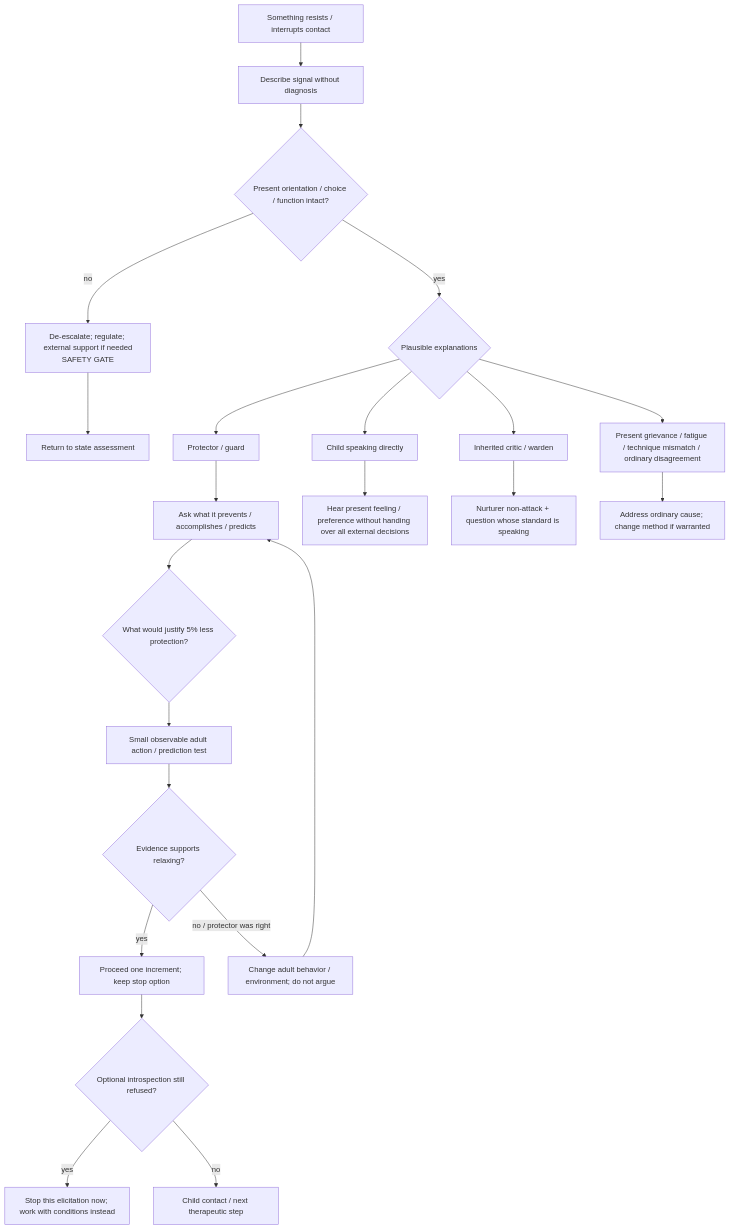
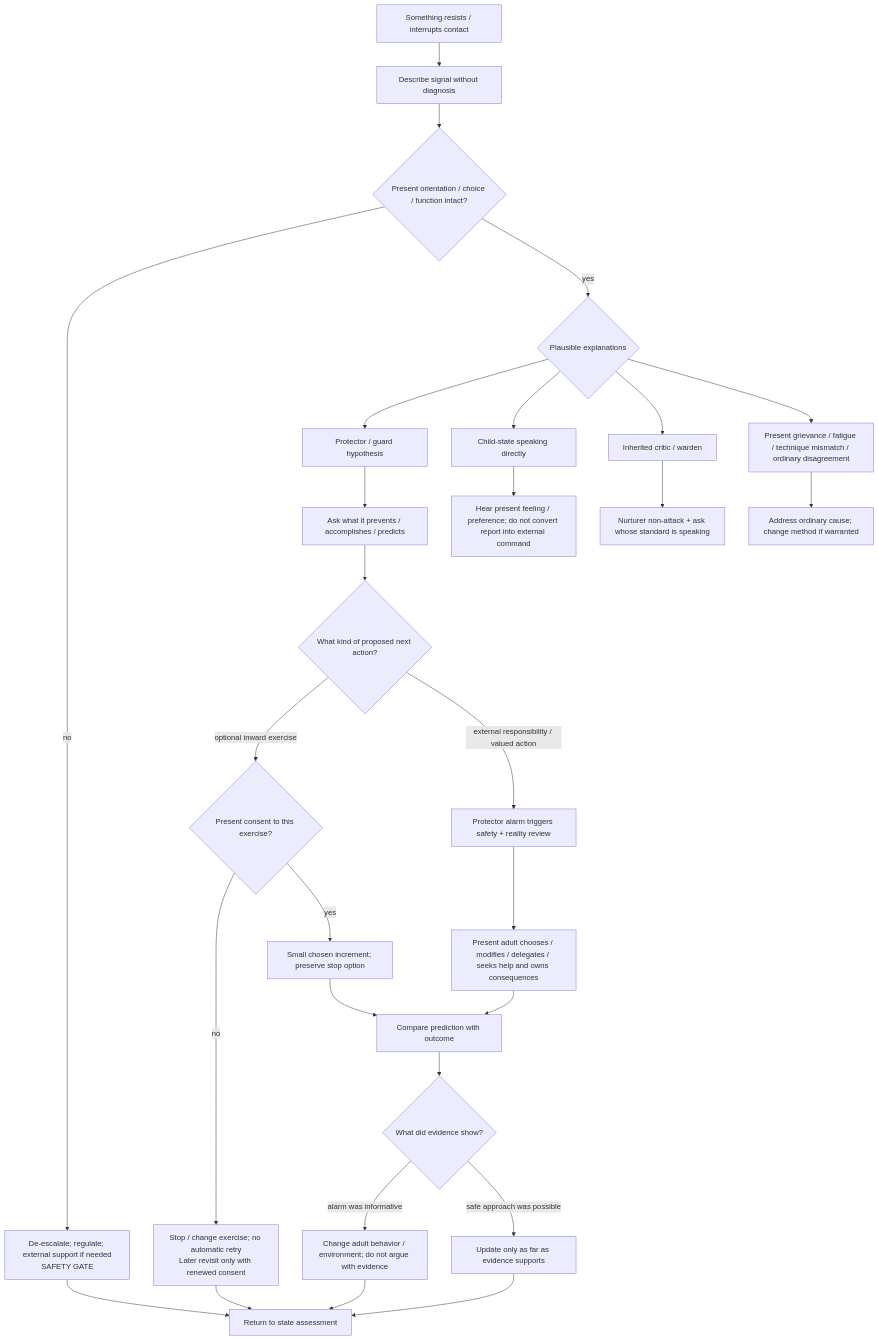
The diagram in analysis/inner_child_protocol/maps/03-PROTECTOR-RESISTANCE-HANDLING.md (u-dont-existDOTcom/creativeTailSampling), drawn with Mermaid before and after one commit. The commit also changed other lines of this file, not shown here.

Commit message:
Replace internal constitution with thin adult-led interface contract

````diff
--- a/analysis/inner_child_protocol/maps/03-PROTECTOR-RESISTANCE-HANDLING.md
+++ b/analysis/inner_child_protocol/maps/03-PROTECTOR-RESISTANCE-HANDLING.md
@@ -5,25 +7,30 @@
 ```mermaid
 flowchart TD
     A["Something resists / interrupts contact"] --> B["Describe signal without diagnosis"]
     B --> C{"Present orientation / choice / function intact?"}
     C -- "no" --> D["De-escalate; regulate; external support if needed<br/>SAFETY GATE"]
     D --> Z["Return to state assessment"]
     C -- "yes" --> E{"Plausible explanations"}
-    E --> F["Protector / guard"]
-    E --> G["Child speaking directly"]
+    E --> F["Protector / guard hypothesis"]
+    E --> G["Child-state speaking directly"]
     E --> H["Inherited critic / warden"]
     E --> I["Present grievance / fatigue / technique mismatch / ordinary disagreement"]
     F --> J["Ask what it prevents / accomplishes / predicts"]
-    G --> K["Hear present feeling / preference without handing over all external decisions"]
-    H --> L["Nurturer non-attack + question whose standard is speaking"]
+    G --> K["Hear present feeling / preference; do not convert report into external command"]
+    H --> L["Nurturer non-attack + ask whose standard is speaking"]
     I --> M["Address ordinary cause; change method if warranted"]
-    J --> N{"What would justify 5% less protection?"}
-    N --> O["Small observable adult action / prediction test"]
-    O --> P{"Evidence supports relaxing?"}
-    P -- "yes" --> Q["Proceed one increment; keep stop option"]
-    P -- "no / protector was right" --> R["Change adult behavior / environment; do not argue"]
-    R --> J
-    Q --> S{"Optional introspection still refused?"}
-    S -- "yes" --> T["Stop this elicitation now; work with conditions instead"]
-    S -- "no" --> U["Child contact / next therapeutic step"]
+    J --> N{"What kind of proposed next action?"}
+    N -- "optional inward exercise" --> O{"Present consent to this exercise?"}
+    O -- "no" --> P["Stop / change exercise; no automatic retry<br/>Later revisit only with renewed consent"]
+    O -- "yes" --> Q["Small chosen increment; preserve stop option"]
+    N -- "external responsibility / valued action" --> R["Protector alarm triggers safety + reality review"]
+    R --> S["Present adult chooses / modifies / delegates / seeks help and owns consequences"]
+    Q --> T["Compare prediction with outcome"]
+    S --> T
+    T --> U{"What did evidence show?"}
+    U -- "alarm was informative" --> V["Change adult behavior / environment; do not argue with evidence"]
+    U -- "safe approach was possible" --> W["Update only as far as evidence supports"]
+    V --> Z
+    W --> Z
+    P --> Z
 ```
````
